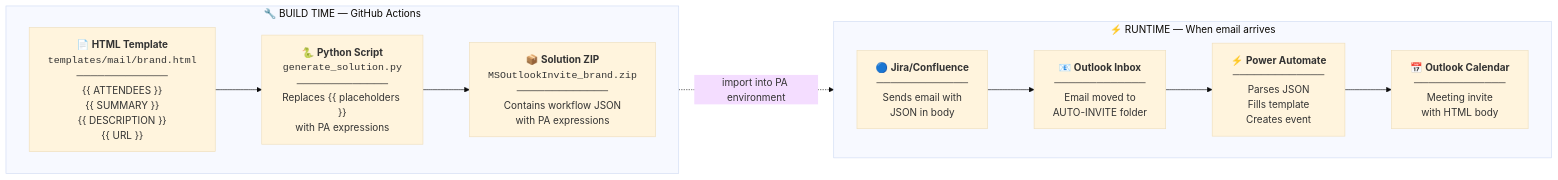
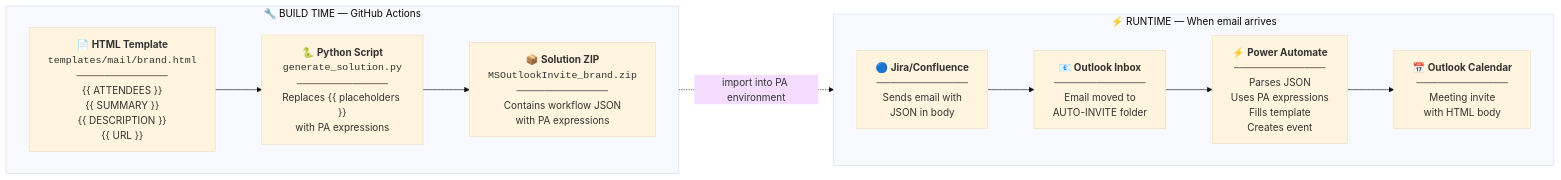
Before and after one commit to johantre/ms-outlook-invite: the diagram in YOURTEMPLATE.md, drawn with Mermaid (base theme).

Commit message:
just is just

````diff
--- a/YOURTEMPLATE.md
+++ b/YOURTEMPLATE.md
@@ -9,21 +9,21 @@
 ```mermaid
 flowchart LR
     subgraph BUILD ["🔧 BUILD TIME — GitHub Actions"]
         direction LR
         TPL["📄 <b>HTML Template</b><br/><code>templates/mail/brand.html</code><br/>─────────────<br/>{{ ATTENDEES }}<br/>{{ SUMMARY }}<br/>{{ DESCRIPTION }}<br/>{{ URL }}"]
         SCRIPT["🐍 <b>Python Script</b><br/><code>generate_solution.py</code><br/>─────────────<br/>Replaces {{ placeholders }}<br/>with PA expressions"]
         SOL["📦 <b>Solution ZIP</b><br/><code>MSOutlookInvite_brand.zip</code><br/>─────────────<br/>Contains workflow JSON<br/>with PA expressions"]
         TPL --> SCRIPT --> SOL
     end
 
     subgraph RUNTIME ["⚡ RUNTIME — When email arrives"]
         direction LR
         JIRA["🔵 <b>Jira/Confluence</b><br/>─────────────<br/>Sends email with<br/>JSON in body"]
         EMAIL["📧 <b>Outlook Inbox</b><br/>─────────────<br/>Email moved to<br/>AUTO-INVITE folder"]
-        PA["⚡ <b>Power Automate</b><br/>─────────────<br/>Parses JSON<br/>Fills template<br/>Creates event"]
+        PA["⚡ <b>Power Automate</b><br/>─────────────<br/>Parses JSON<br/>Uses PA expressions<br/>Fills template<br/>Creates event"]
         CAL["📅 <b>Outlook Calendar</b><br/>─────────────<br/>Meeting invite<br/>with HTML body"]
         JIRA --> EMAIL --> PA --> CAL
     end
 
     SOL -.->|"import into PA environment"| PA
 ```
````
